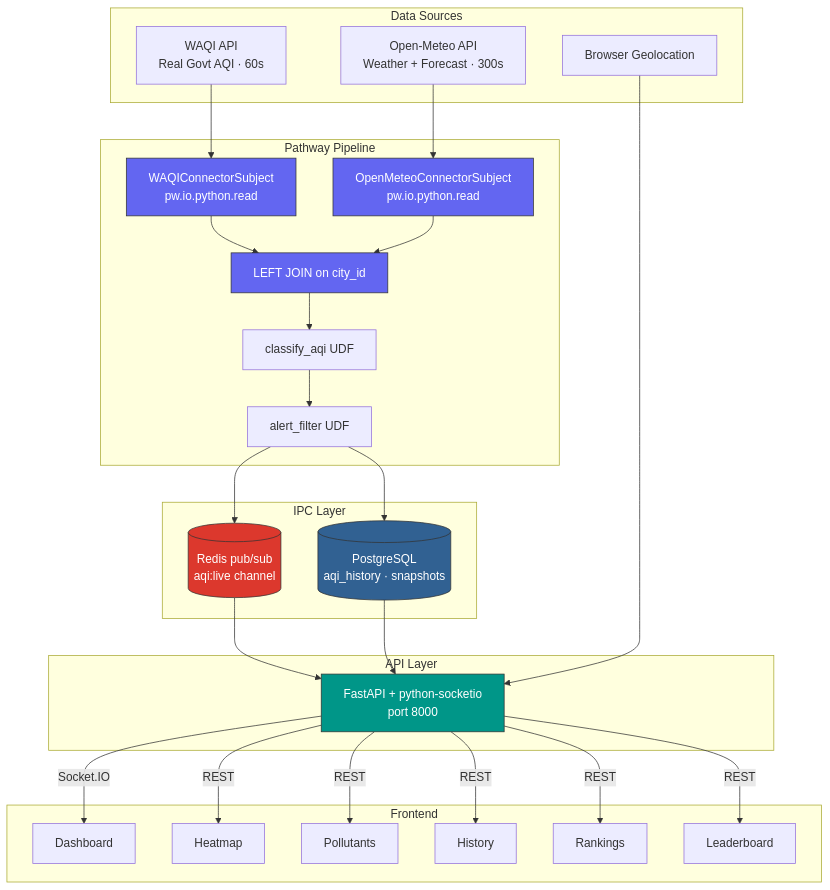
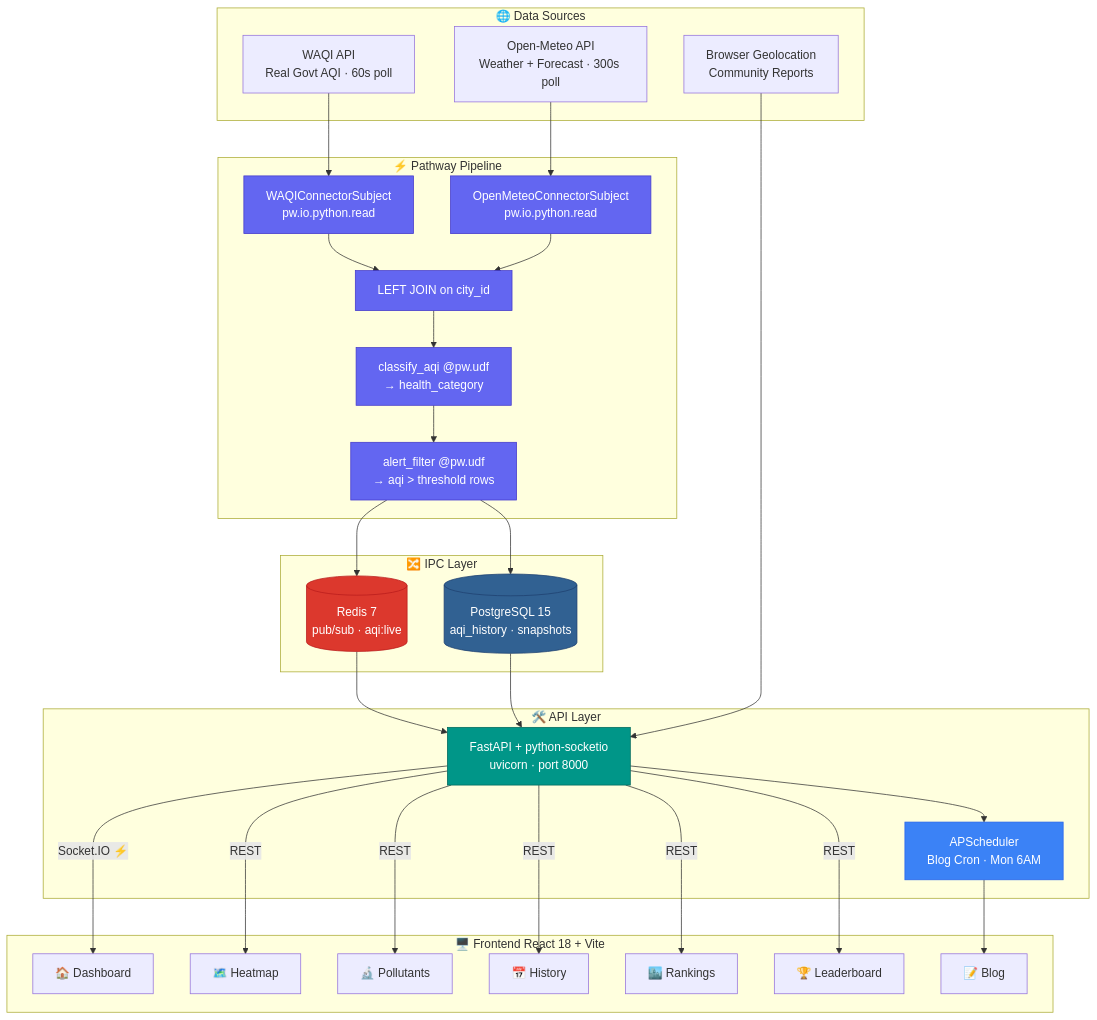
The second of 10 diagrams in README.md (shreyanshsharma-1210/AQI-Monitoring-System), drawn with Mermaid before and after one commit. The commit also changed other lines of this file, not shown here.

````diff
--- a/README.md
+++ b/README.md
@@ -349,59 +397,66 @@
 ```mermaid
 graph TB
-    subgraph "Data Sources"
-        W[WAQI API<br/>Real Govt AQI · 60s]
-        OM[Open-Meteo API<br/>Weather + Forecast · 300s]
-        GEO[Browser Geolocation]
+    subgraph SRC["🌐  Data Sources"]
+        W[WAQI API<br/>Real Govt AQI · 60s poll]
+        OM[Open-Meteo API<br/>Weather + Forecast · 300s poll]
+        GEO[Browser Geolocation<br/>Community Reports]
     end
 
-    subgraph "Pathway Pipeline"
+    subgraph PW["⚡  Pathway Pipeline"]
         WC[WAQIConnectorSubject<br/>pw.io.python.read]
         MC[OpenMeteoConnectorSubject<br/>pw.io.python.read]
         JOIN[LEFT JOIN on city_id]
-        CLASSIFY[classify_aqi UDF]
-        ALERT[alert_filter UDF]
+        CLASSIFY["classify_aqi @pw.udf<br/>→ health_category"]
+        ALERT["alert_filter @pw.udf<br/>→ aqi > threshold rows"]
     end
 
-    subgraph "IPC Layer"
-        REDIS[(Redis pub/sub<br/>aqi:live channel)]
-        PG[(PostgreSQL<br/>aqi_history · snapshots)]
+    subgraph IPC["🔀  IPC Layer"]
+        REDIS[(Redis 7<br/>pub/sub · aqi:live)]
+        PG[(PostgreSQL 15<br/>aqi_history · snapshots)]
     end
 
-    subgraph "API Layer"
-        FASTAPI[FastAPI + python-socketio<br/>port 8000]
+    subgraph API["🛠️  API Layer"]
+        FASTAPI[FastAPI + python-socketio<br/>uvicorn · port 8000]
+        SCHED[APScheduler<br/>Blog Cron · Mon 6AM]
     end
 
-    subgraph "Frontend"
-        DASH[Dashboard]
-        MAP[Heatmap]
-        POLL[Pollutants]
-        HIST[History]
-        RANK[Rankings]
-        LEAD[Leaderboard]
+    subgraph FE["🖥️  Frontend  React 18 + Vite"]
+        DASH[🏠 Dashboard]
+        MAP[🗺️ Heatmap]
+        POLL[🔬 Pollutants]
+        HIST[📅 History]
+        RANK[🏙️ Rankings]
+        LEAD[🏆 Leaderboard]
+        BLOG[📝 Blog]
     end
 
     W --> WC
     OM --> MC
     WC --> JOIN
     MC --> JOIN
     JOIN --> CLASSIFY
     CLASSIFY --> ALERT
     ALERT --> REDIS
     ALERT --> PG
     REDIS --> FASTAPI
     PG --> FASTAPI
     GEO --> FASTAPI
-    FASTAPI -->|Socket.IO| DASH
+    SCHED --> BLOG
+    FASTAPI -->|"Socket.IO  ⚡"| DASH
     FASTAPI -->|REST| MAP
     FASTAPI -->|REST| POLL
     FASTAPI -->|REST| HIST
     FASTAPI -->|REST| RANK
     FASTAPI -->|REST| LEAD
+    FASTAPI --> SCHED
 
-    style WC fill:#6366f1,stroke:#333,color:#fff
-    style MC fill:#6366f1,stroke:#333,color:#fff
-    style JOIN fill:#6366f1,stroke:#333,color:#fff
-    style REDIS fill:#DC382D,stroke:#333,color:#fff
-    style PG fill:#316192,stroke:#333,color:#fff
-    style FASTAPI fill:#009688,stroke:#333,color:#fff
+    style WC fill:#6366f1,stroke:#4338ca,color:#fff
+    style MC fill:#6366f1,stroke:#4338ca,color:#fff
+    style JOIN fill:#6366f1,stroke:#4338ca,color:#fff
+    style CLASSIFY fill:#6366f1,stroke:#4338ca,color:#fff
+    style ALERT fill:#6366f1,stroke:#4338ca,color:#fff
+    style REDIS fill:#DC382D,stroke:#b91c1c,color:#fff
+    style PG fill:#316192,stroke:#1e4070,color:#fff
+    style FASTAPI fill:#009688,stroke:#00695c,color:#fff
+    style SCHED fill:#3B82F6,stroke:#2563eb,color:#fff
 ```
````
